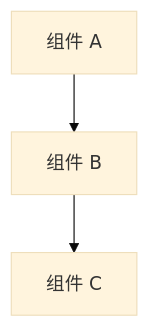
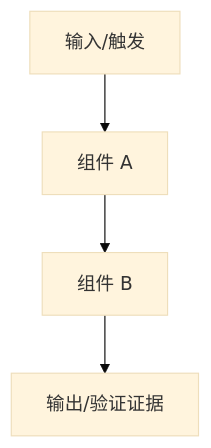
The first of 2 diagrams in skills/aceharness-spec-coding/templates/design.md (TheAceTeam/AceHarness), drawn with Mermaid (base theme) before and after one commit. The commit also changed other lines of this file and 40 other files, not shown here.

````diff
--- a/skills/aceharness-spec-coding/templates/design.md
+++ b/skills/aceharness-spec-coding/templates/design.md
@@ -9,5 +9,6 @@
 ```mermaid
-graph TD
-    A[组件 A] --> B[组件 B]
-    B --> C[组件 C]
+flowchart TD
+    Input[输入/触发] --> ComponentA[组件 A]
+    ComponentA --> ComponentB[组件 B]
+    ComponentB --> Output[输出/验证证据]
 ```
````
